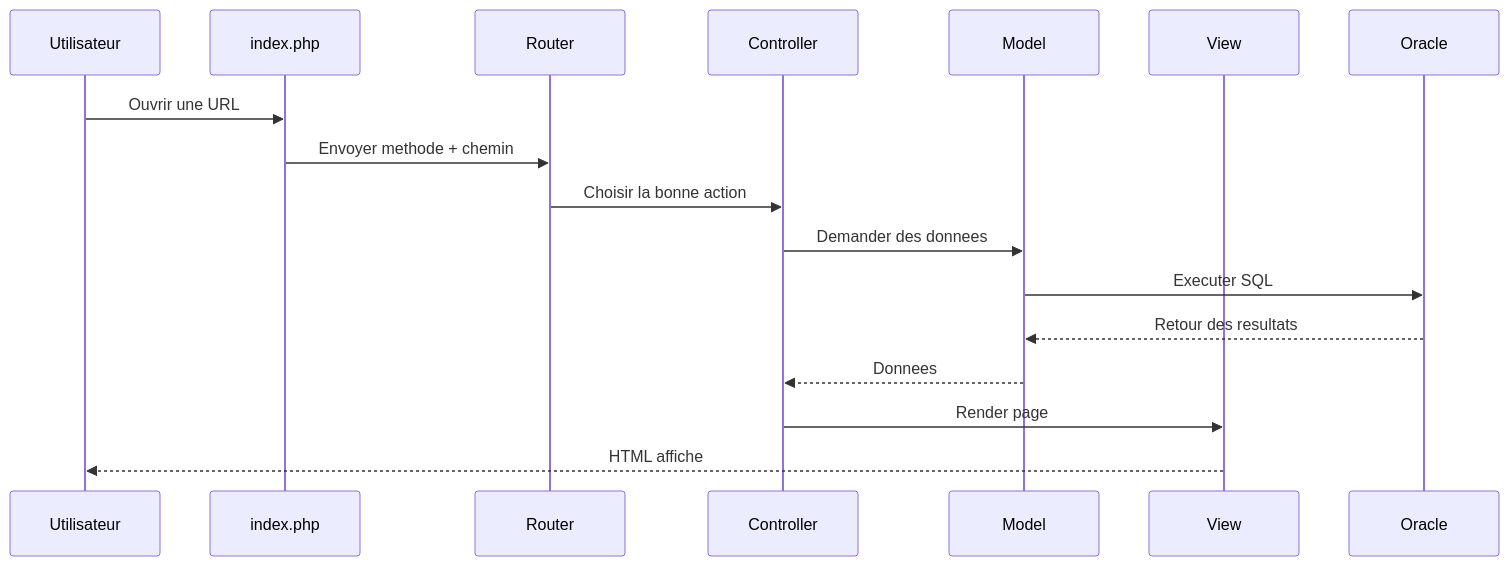
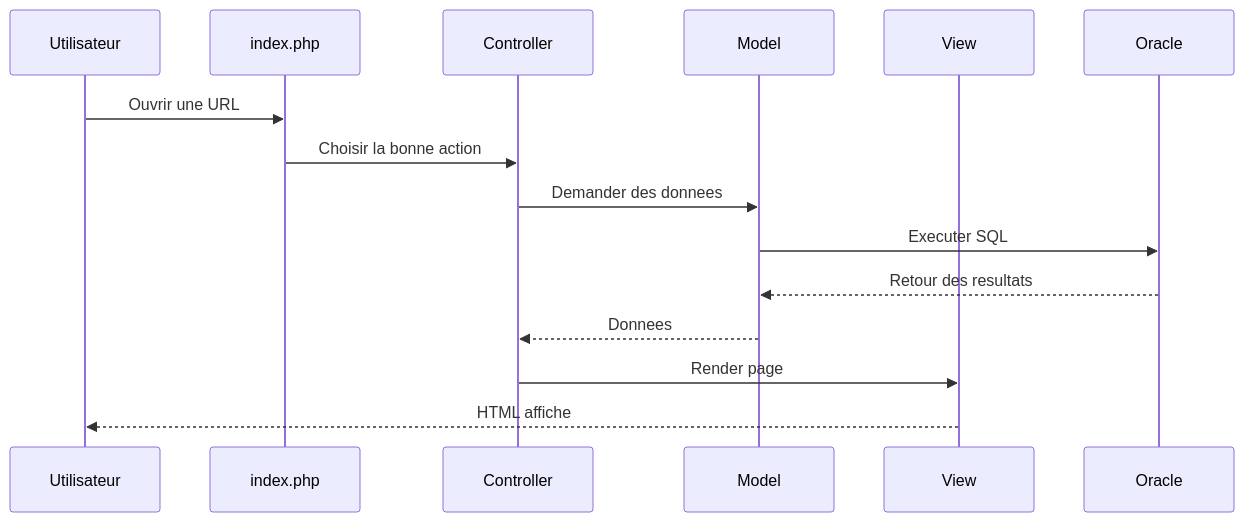
Before and after one commit to MrTBK/bookcycle-tunisia: the fifth of 18 diagrams in documents_aide/DIAGRAMMES_PROJET_COMPLETS.md, drawn with Mermaid. The commit also changed other lines of this file and 30 other files, not shown here.

````diff
--- a/documents_aide/DIAGRAMMES_PROJET_COMPLETS.md
+++ b/documents_aide/DIAGRAMMES_PROJET_COMPLETS.md
@@ -131,20 +147,18 @@
 ```mermaid
 sequenceDiagram
     participant U as Utilisateur
     participant I as index.php
-    participant R as Router
     participant C as Controller
     participant M as Model
     participant V as View
     participant DB as Oracle
 
     U->>I: Ouvrir une URL
-    I->>R: Envoyer methode + chemin
-    R->>C: Choisir la bonne action
+    I->>C: Choisir la bonne action
     C->>M: Demander des donnees
     M->>DB: Executer SQL
     DB-->>M: Retour des resultats
     M-->>C: Donnees
     C->>V: Render page
     V-->>U: HTML affiche
 ```
````
